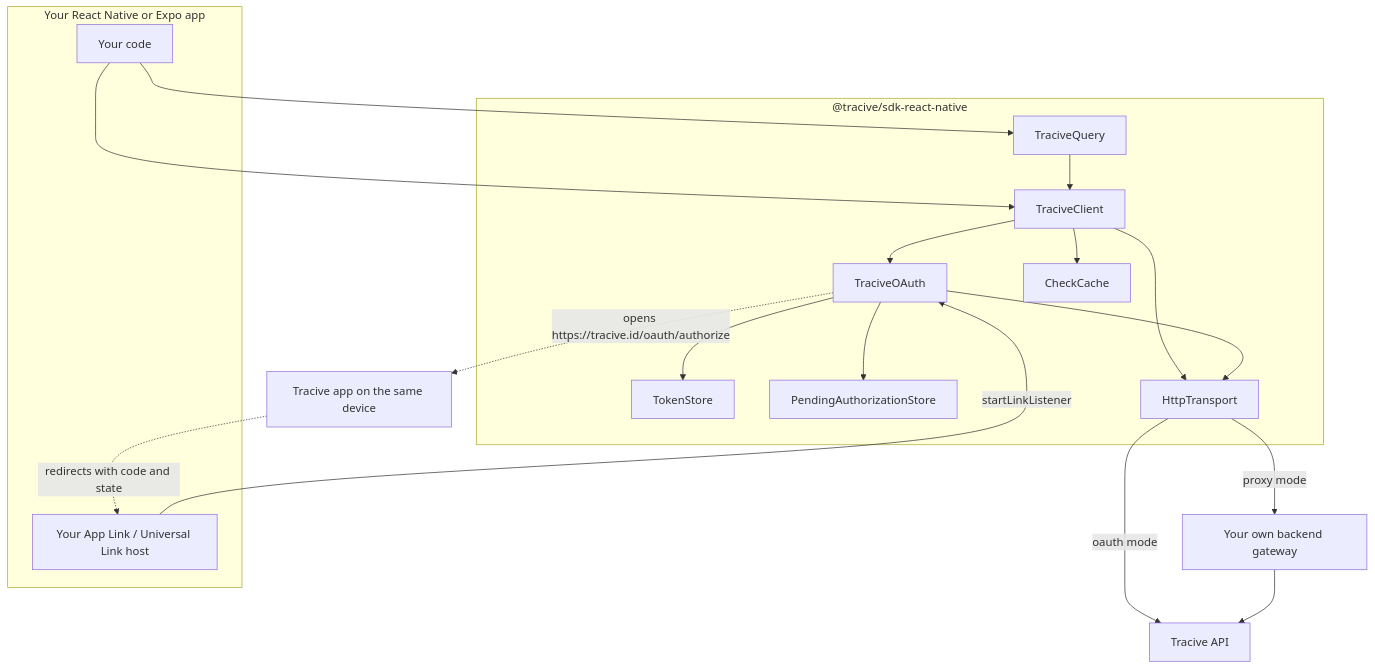
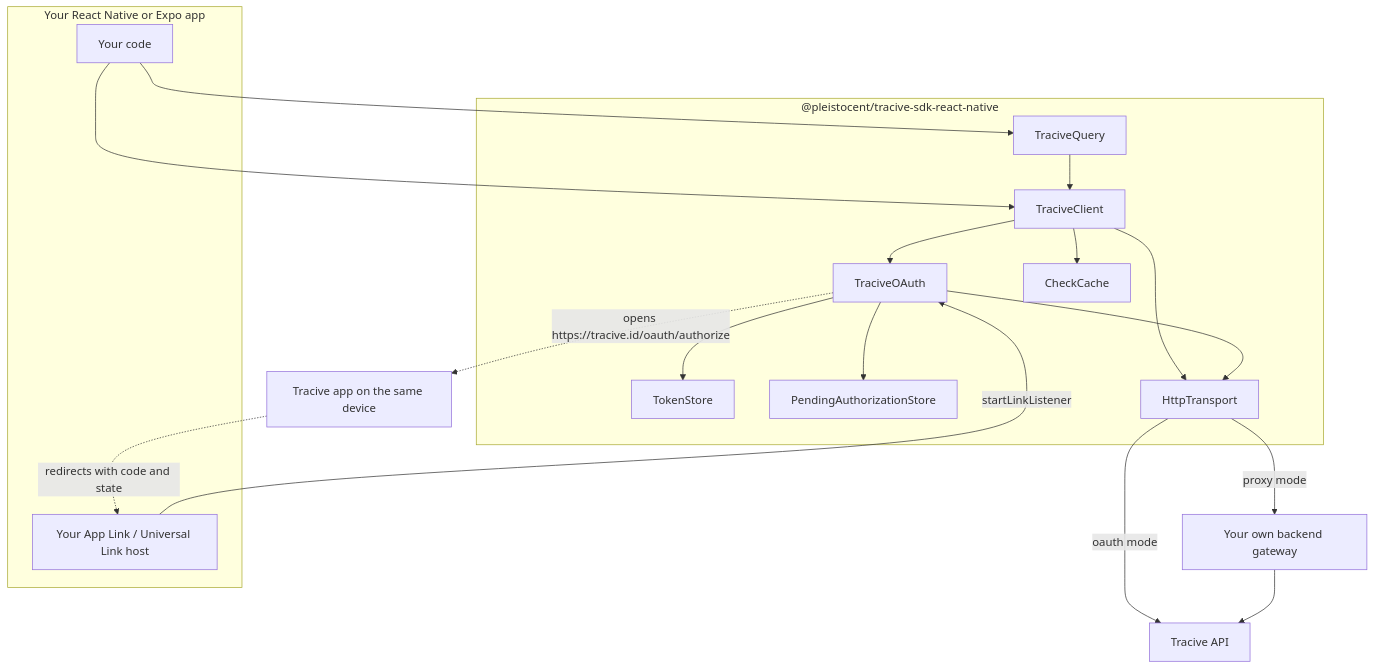
Before and after one commit to pleistocent/tracive-sdk-react-native: the first of 6 diagrams in docs/architecture.md, drawn with Mermaid. The commit also changed 20 other files, not shown here.

First line of the commit message:
build(npm): publish as @pleistocent/tracive-sdk-react-native

````diff
--- a/docs/architecture.md
+++ b/docs/architecture.md
@@ -33,37 +33,37 @@
 ```mermaid
 flowchart TD
   subgraph Host["Your React Native or Expo app"]
     Code["Your code"]
     Redirect["Your App Link / Universal Link host"]
   end
 
-  subgraph SDK["@tracive/sdk-react-native"]
+  subgraph SDK["@pleistocent/tracive-sdk-react-native"]
     Query["TraciveQuery"]
     Client["TraciveClient"]
     OAuth["TraciveOAuth"]
     Cache["CheckCache"]
     Tokens["TokenStore"]
     Pending["PendingAuthorizationStore"]
     Transport["HttpTransport"]
   end
 
   TraciveApp["Tracive app on the same device"]
   Api["Tracive API"]
   Gateway["Your own backend gateway"]
 
   Code --> Query
   Query --> Client
   Code --> Client
   Client --> Cache
   Client --> OAuth
   Client --> Transport
   OAuth --> Tokens
   OAuth --> Pending
   OAuth --> Transport
   OAuth -.->|"opens https://tracive.id/oauth/authorize"| TraciveApp
   TraciveApp -.->|"redirects with code and state"| Redirect
   Redirect -->|"startLinkListener"| OAuth
   Transport -->|"oauth mode"| Api
   Transport -->|"proxy mode"| Gateway
   Gateway --> Api
 ```
````
